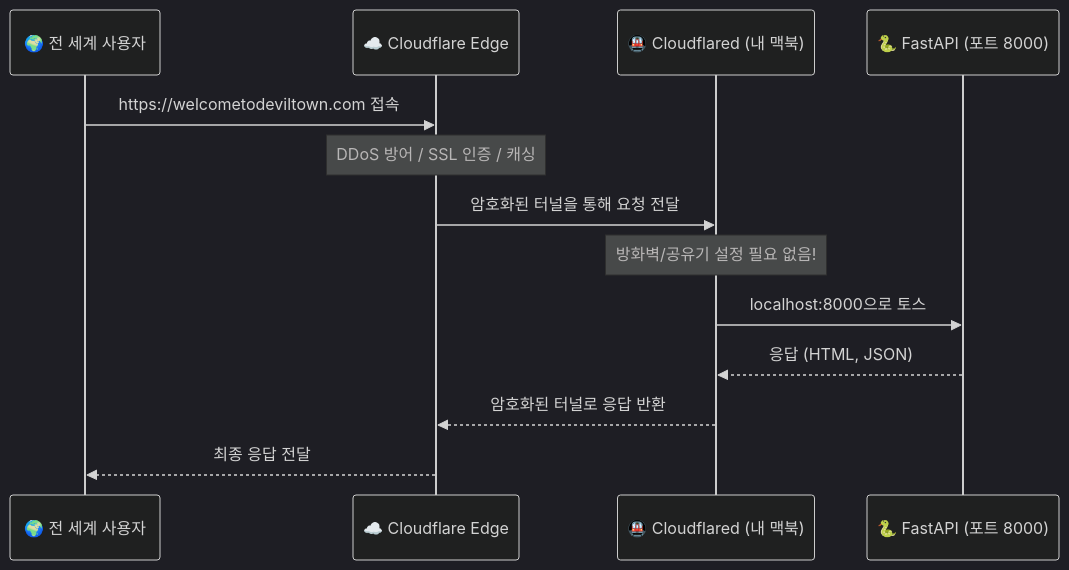
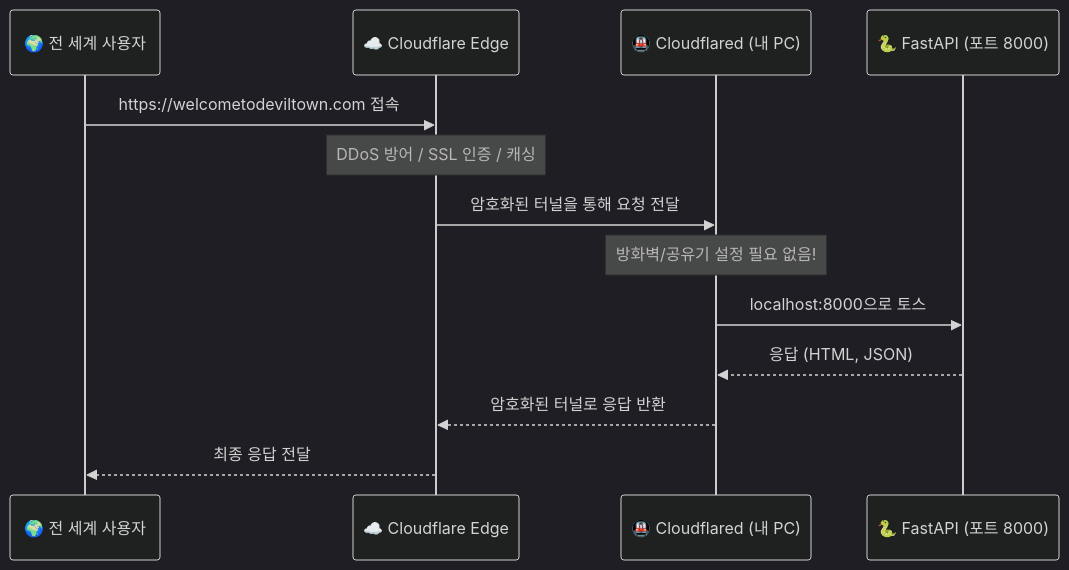
One commit to howcanimakeprogram/built_deviltown changed the diagram in TUNNEL_GUIDE.md. Above: the diagram before and after it, drawn with Mermaid (dark theme). The commit also changed other lines of this file and 3 other files, not shown here.

````diff
--- a/TUNNEL_GUIDE.md
+++ b/TUNNEL_GUIDE.md
@@ -5,16 +5,16 @@
 ```mermaid
 sequenceDiagram
     participant User as 🌍 전 세계 사용자
     participant CF as ☁️ Cloudflare Edge
-    participant Tunnel as 🚇 Cloudflared (내 맥북)
+    participant Tunnel as 🚇 Cloudflared (내 PC)
     participant App as 🐍 FastAPI (포트 8000)
 
     User->>CF: https://welcometodeviltown.com 접속
     Note over CF: DDoS 방어 / SSL 인증 / 캐싱
     CF->>Tunnel: 암호화된 터널을 통해 요청 전달
     Note over Tunnel: 방화벽/공유기 설정 필요 없음!
     Tunnel->>App: localhost:8000으로 토스
     App-->>Tunnel: 응답 (HTML, JSON)
     Tunnel-->>CF: 암호화된 터널로 응답 반환
     CF-->>User: 최종 응답 전달
 ```
````
